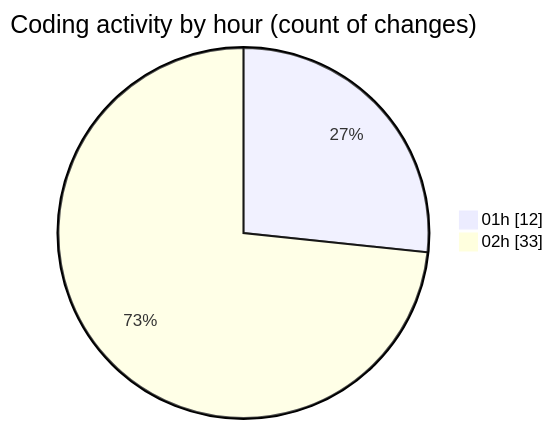
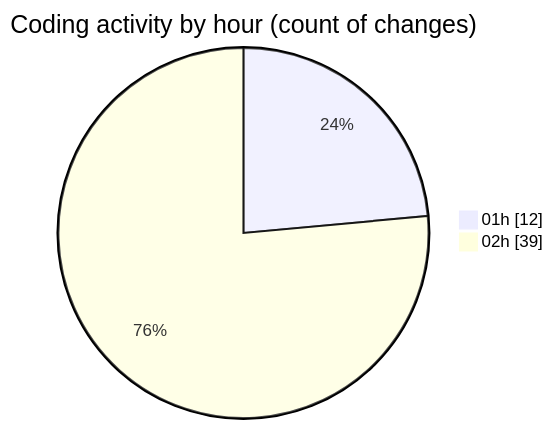
One commit to julien-gomy/code-tracking changed the second of 2 diagrams in 2025-10-24/eventscop-frontend-guide__workspace_/README.md. Above: the diagram before and after it, drawn with Mermaid. The commit also changed other lines of this file and 1 other file, not shown here.

````diff
--- a/2025-10-24/eventscop-frontend-guide__workspace_/README.md
+++ b/2025-10-24/eventscop-frontend-guide__workspace_/README.md
@@ -46,6 +46,6 @@
 ```mermaid
 pie showData
 title Coding activity by hour (count of changes)
 "01h" : 12
-"02h" : 33
+"02h" : 39
 ```
````
